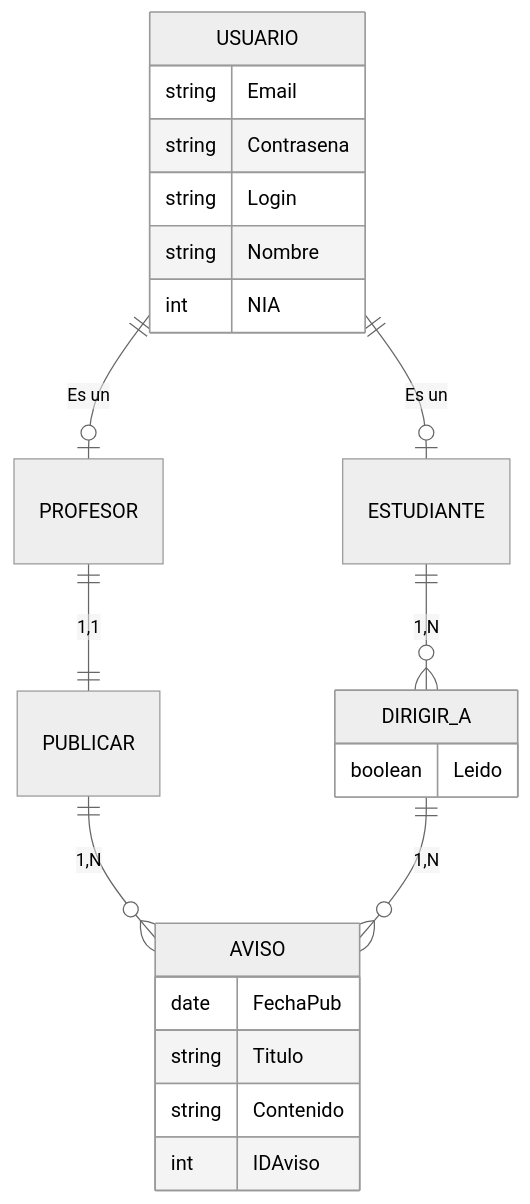
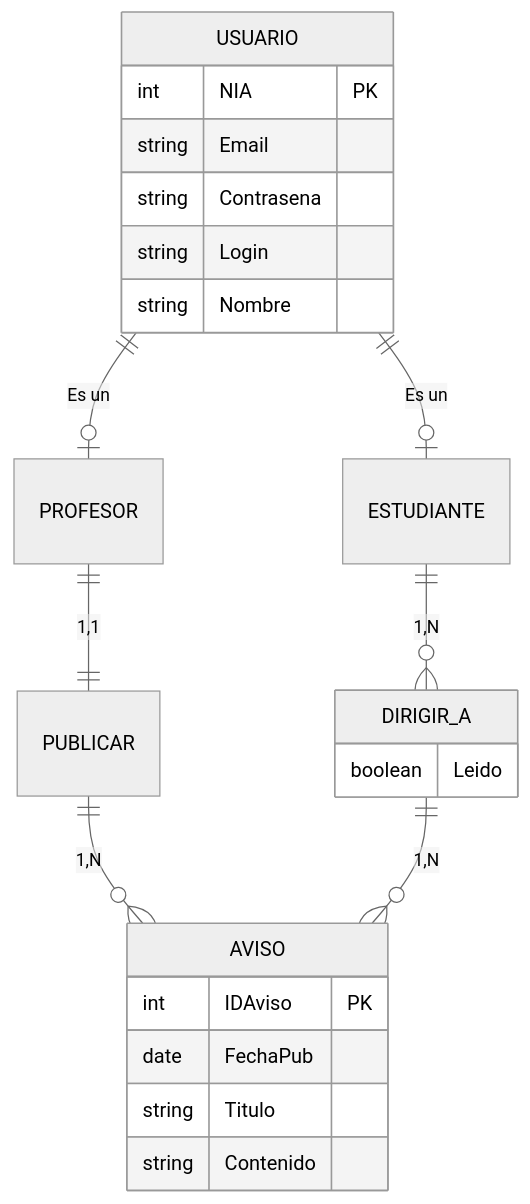
One commit to asobrados03/TWEB-Notificador-Avisos changed the first of 3 diagrams in README.md. Above: the diagram before and after it, drawn with Mermaid (neutral theme).

````diff
--- a/README.md
+++ b/README.md
@@ -8,33 +8,33 @@
 ```mermaid
 erDiagram
     USUARIO {
+        int NIA PK
         string Email
         string Contrasena
         string Login
         string Nombre
-        int NIA
     }
 
     %% Relación jerárquica
     USUARIO ||--o| PROFESOR : "Es un"
     USUARIO ||--o| ESTUDIANTE : "Es un"
 
     %% Relaciones entre las entidades
     PROFESOR ||--|| PUBLICAR : "1,1"
     PUBLICAR ||--o{ AVISO : "1,N"
     ESTUDIANTE ||--o{ DIRIGIR_A : "1,N"
     DIRIGIR_A ||--o{ AVISO : "1,N"
 
     %% Relación DIRIGIR_A con atributo
     DIRIGIR_A {
         boolean Leido
     }
 
     %% Entidades
     AVISO {
+        int IDAviso PK
         date FechaPub
         string Titulo
         string Contenido
-        int IDAviso
     }
 ```
````
